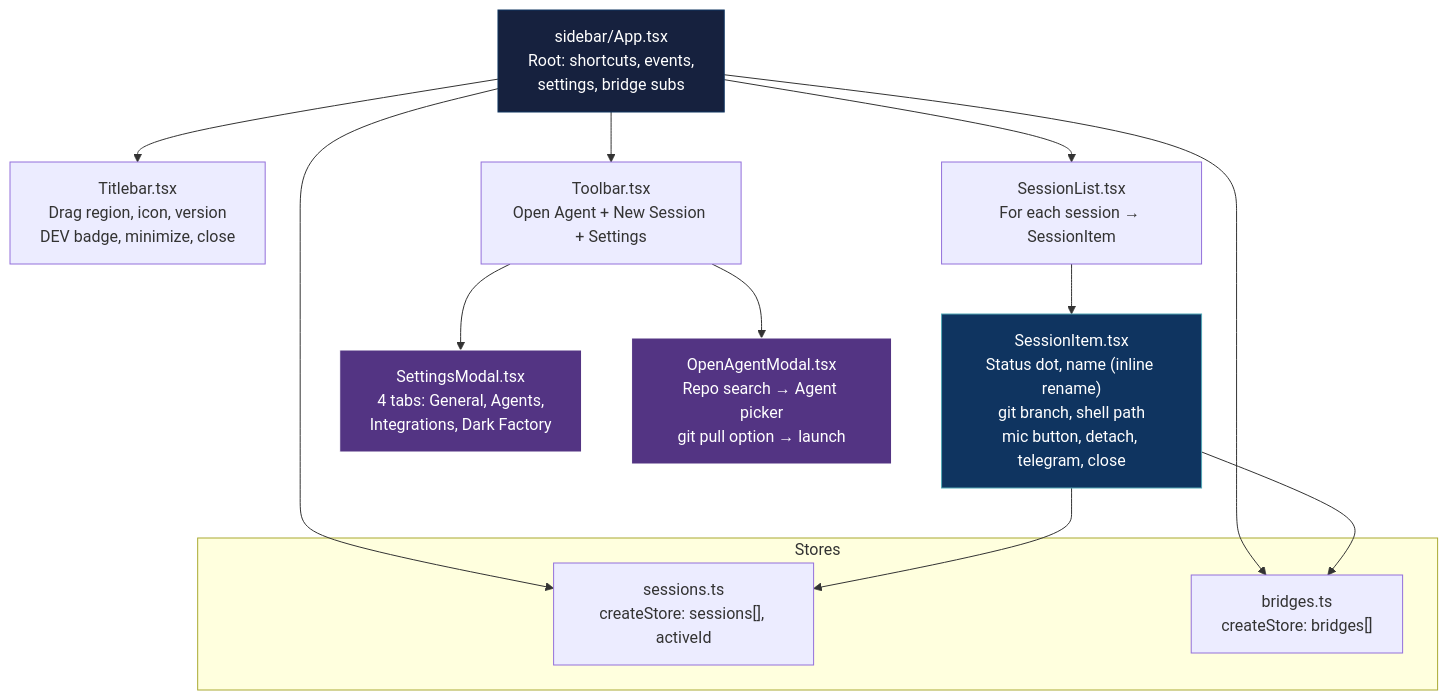
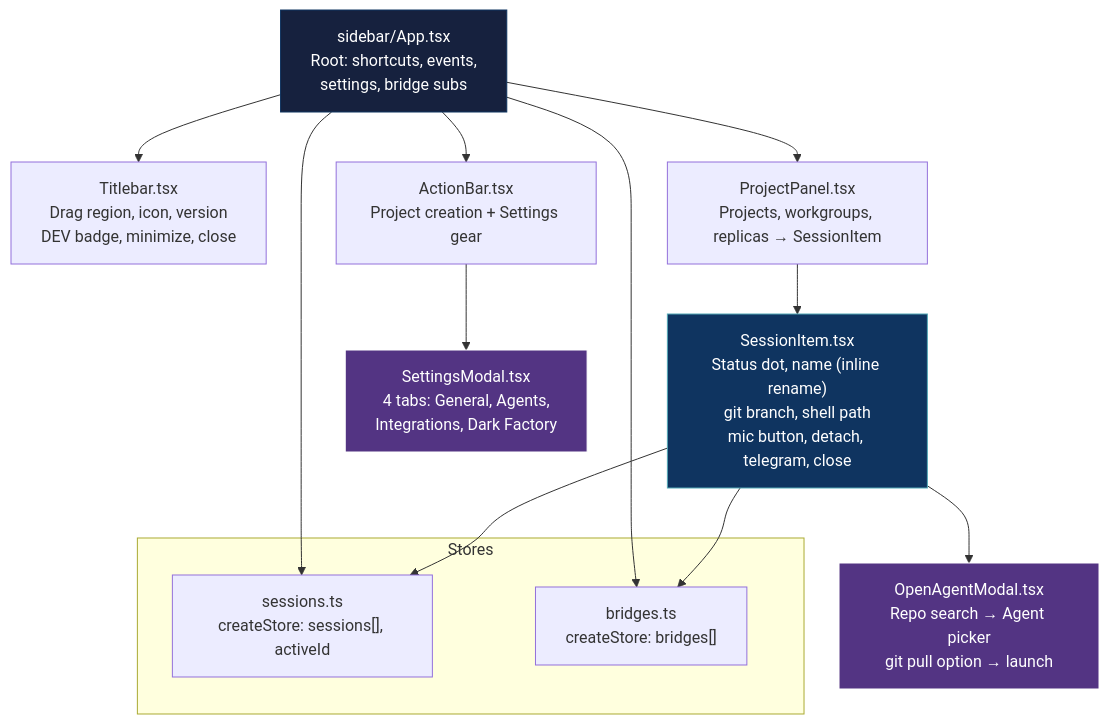
The third of 15 diagrams in docs/reference/architecture.md (mblua/AgentsCommander), drawn with Mermaid before and after one commit. The commit also changed other lines of this file, not shown here.

First paragraph of the commit message:
docs(#1177): correct architecture.md to document the live tree (batch 7)
Plan: plans/1177-remove-dead-code.md section 5.5 (F5), batch 7 of section 8.

````diff
--- a/docs/reference/architecture.md
+++ b/docs/reference/architecture.md
@@ -171,28 +171,28 @@
 ```mermaid
 graph TD
     SA["sidebar/App.tsx<br/>Root: shortcuts, events,<br/>settings, bridge subs"]
 
     SA --> TB["Titlebar.tsx<br/>Drag region, icon, version<br/>DEV badge, minimize, close"]
-    SA --> SL["SessionList.tsx<br/>For each session → SessionItem"]
-    SA --> TL["Toolbar.tsx<br/>Open Agent + New Session + Settings"]
+    SA --> PP["ProjectPanel.tsx<br/>Projects, workgroups, replicas → SessionItem"]
+    SA --> AB["ActionBar.tsx<br/>Project creation + Settings gear"]
 
-    SL --> SI["SessionItem.tsx<br/>Status dot, name (inline rename)<br/>git branch, shell path<br/>mic button, detach, telegram, close"]
+    PP --> SI["SessionItem.tsx<br/>Status dot, name (inline rename)<br/>git branch, shell path<br/>mic button, detach, telegram, close"]
 
-    TL --> SM["SettingsModal.tsx<br/>4 tabs: General, Agents,<br/>Integrations, Dark Factory"]
-    TL --> OA["OpenAgentModal.tsx<br/>Repo search → Agent picker<br/>git pull option → launch"]
+    AB --> SM["SettingsModal.tsx<br/>4 tabs: General, Agents,<br/>Integrations, Dark Factory"]
+    SI --> OA["OpenAgentModal.tsx<br/>Repo search → Agent picker<br/>git pull option → launch"]
 
     subgraph "Stores"
         SS["sessions.ts<br/>createStore: sessions[], activeId"]
         BS["bridges.ts<br/>createStore: bridges[]"]
     end
 
     SA --> SS
     SA --> BS
     SI --> SS
     SI --> BS
 
     style SA fill:#16213e,stroke:#0f3460,color:#fff
     style SM fill:#533483,stroke:#fff,color:#fff
     style OA fill:#533483,stroke:#fff,color:#fff
     style SI fill:#0f3460,stroke:#53a8b6,color:#fff
 ```
````
